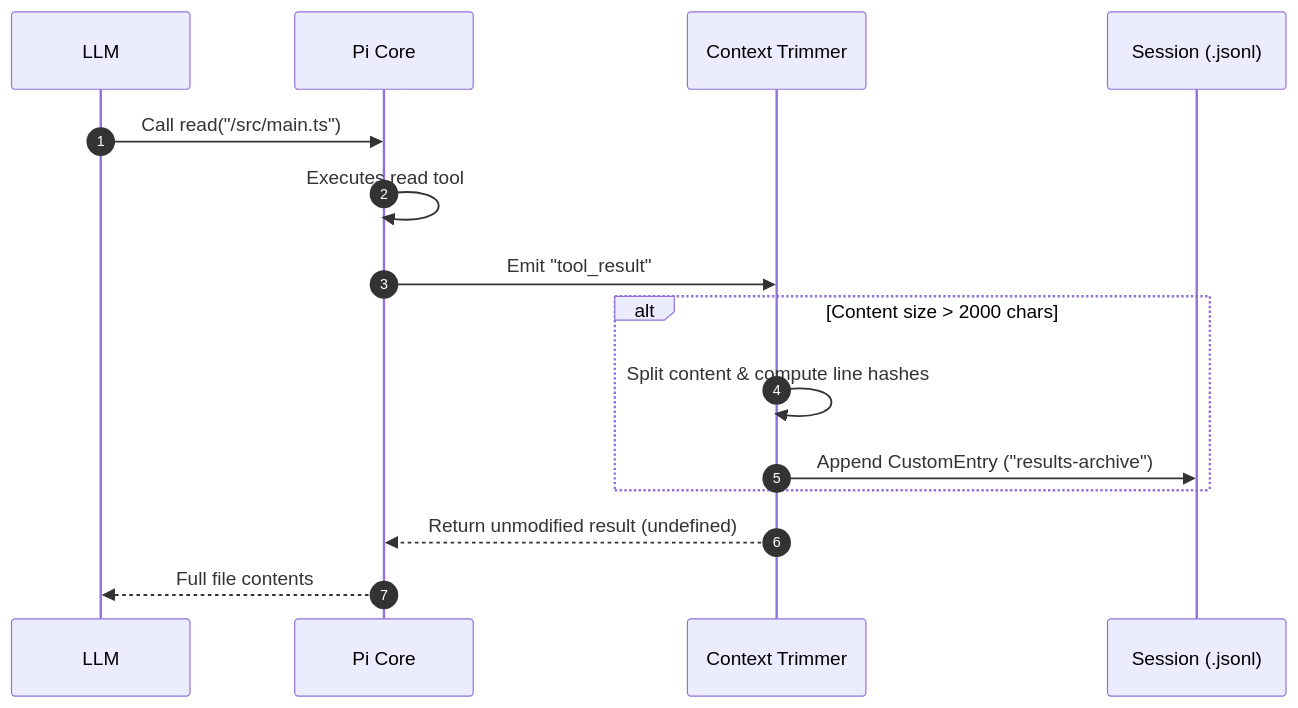
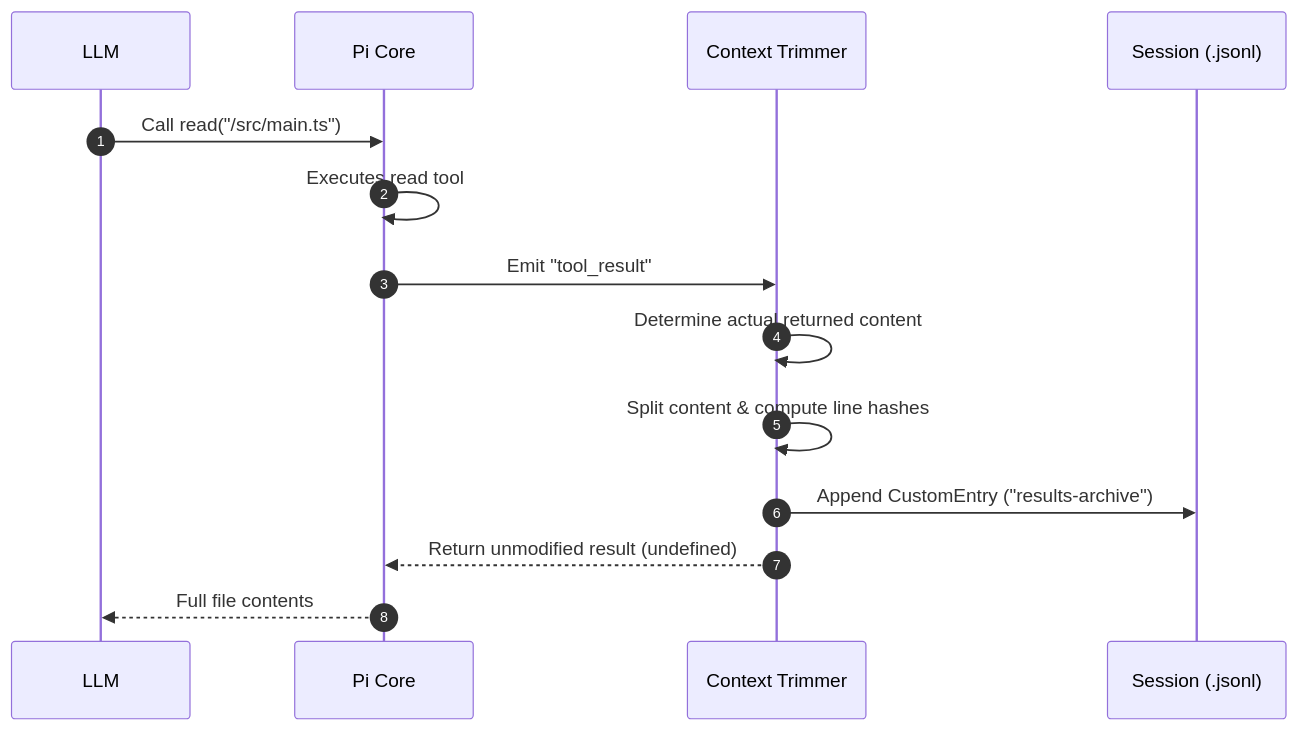
The second of 4 diagrams in docs/architecture.md (SkrOYC/context-trimmer), drawn with Mermaid before and after one commit. The commit also changed other lines of this file and 3 other files, not shown here.

````diff
--- a/docs/architecture.md
+++ b/docs/architecture.md
@@ -83,18 +86,17 @@
 ```mermaid
 sequenceDiagram
     autonumber
     participant LLM
     participant PiCore as Pi Core
     participant Ext as Context Trimmer
     participant Session as Session (.jsonl)
 
     LLM->>PiCore: Call read("/src/main.ts")
     PiCore->>PiCore: Executes read tool
     PiCore->>Ext: Emit "tool_result"
-    alt Content size > 2000 chars
-        Ext->>Ext: Split content & compute line hashes
-        Ext->>Session: Append CustomEntry ("results-archive")
-    end
+    Ext->>Ext: Determine actual returned content
+    Ext->>Ext: Split content & compute line hashes
+    Ext->>Session: Append CustomEntry ("results-archive")
     Ext-->>PiCore: Return unmodified result (undefined)
     PiCore-->>LLM: Full file contents
 ```
````
